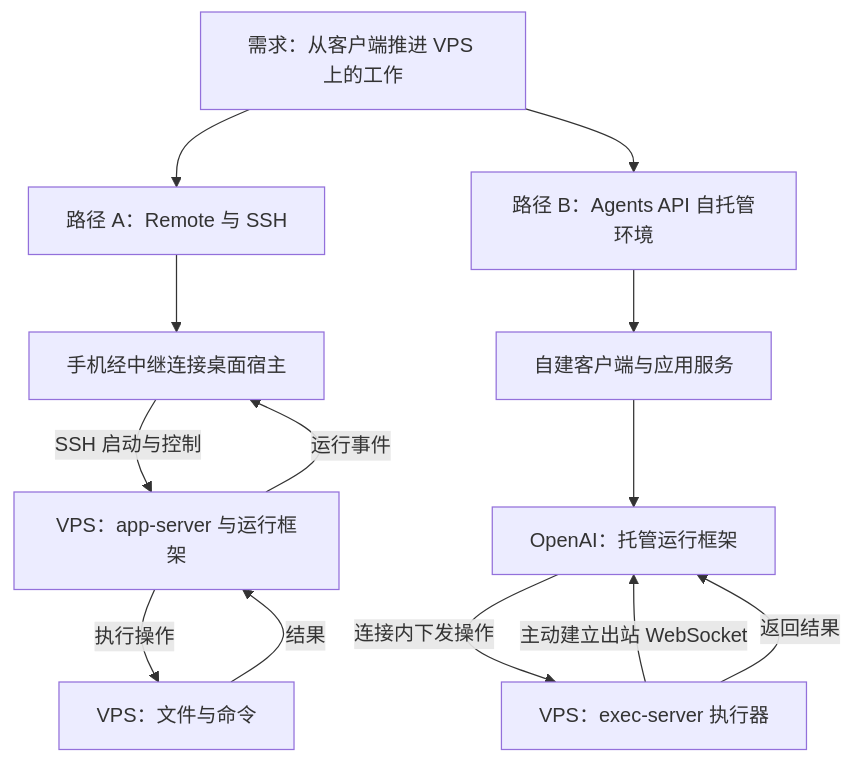
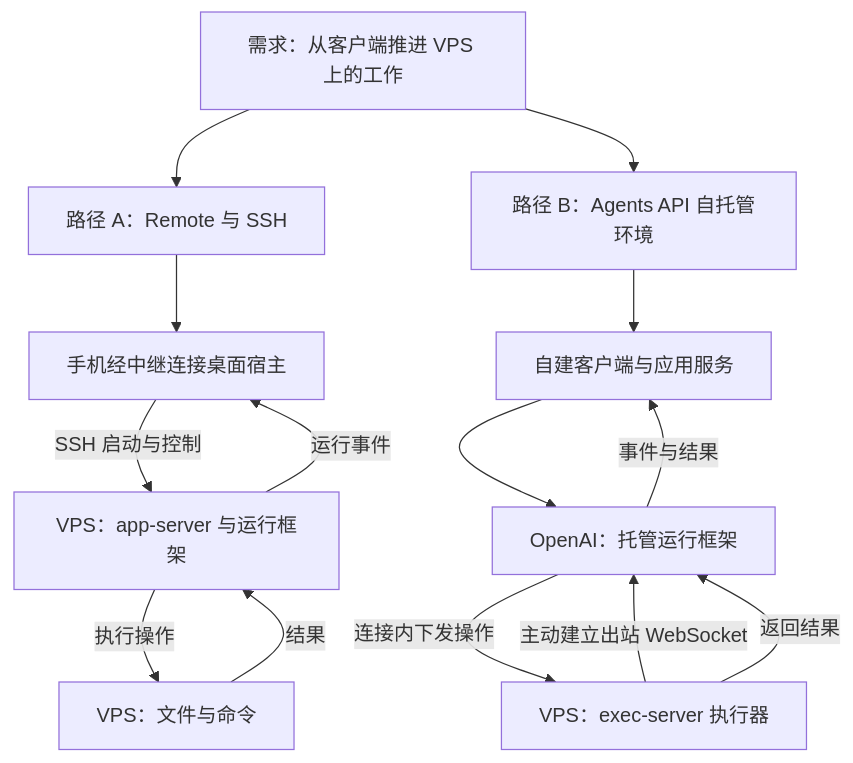
The third of 3 diagrams in profiles/default/content/zh/notes/chatgpt-dots-agent-harness-agent-codex-agent.mdx (Nunchakus888/dossierkit), drawn with Mermaid before and after one commit. The commit also changed other lines of this file, not shown here.

````diff
--- a/profiles/default/content/zh/notes/chatgpt-dots-agent-harness-agent-codex-agent.mdx
+++ b/profiles/default/content/zh/notes/chatgpt-dots-agent-harness-agent-codex-agent.mdx
@@ -154,15 +154,16 @@
 ```mermaid
 flowchart TB
     Q[需求：从客户端推进 VPS 上的工作] --> A[路径 A：Remote 与 SSH]
     Q --> B[路径 B：Agents API 自托管环境]
     A --> A1[手机经中继连接桌面宿主]
     A1 -->|SSH 启动与控制| A2[VPS：app-server 与运行框架]
     A2 -->|执行操作| A3[VPS：文件与命令]
     A3 -->|结果| A2
     A2 -->|运行事件| A1
     B --> B1[自建客户端与应用服务]
     B1 --> B2[OpenAI：托管运行框架]
     B3[VPS：exec-server 执行器] -->|主动建立出站 WebSocket| B2
     B2 -->|连接内下发操作| B3
     B3 -->|返回结果| B2
+    B2 -->|事件与结果| B1
 ```
````
